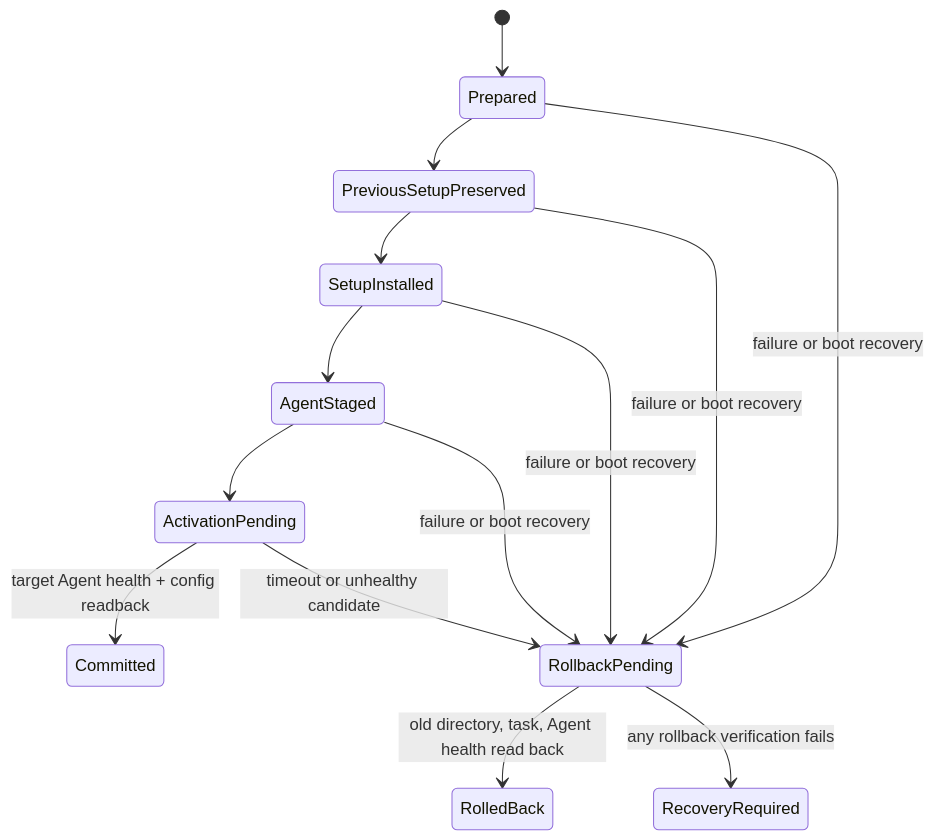
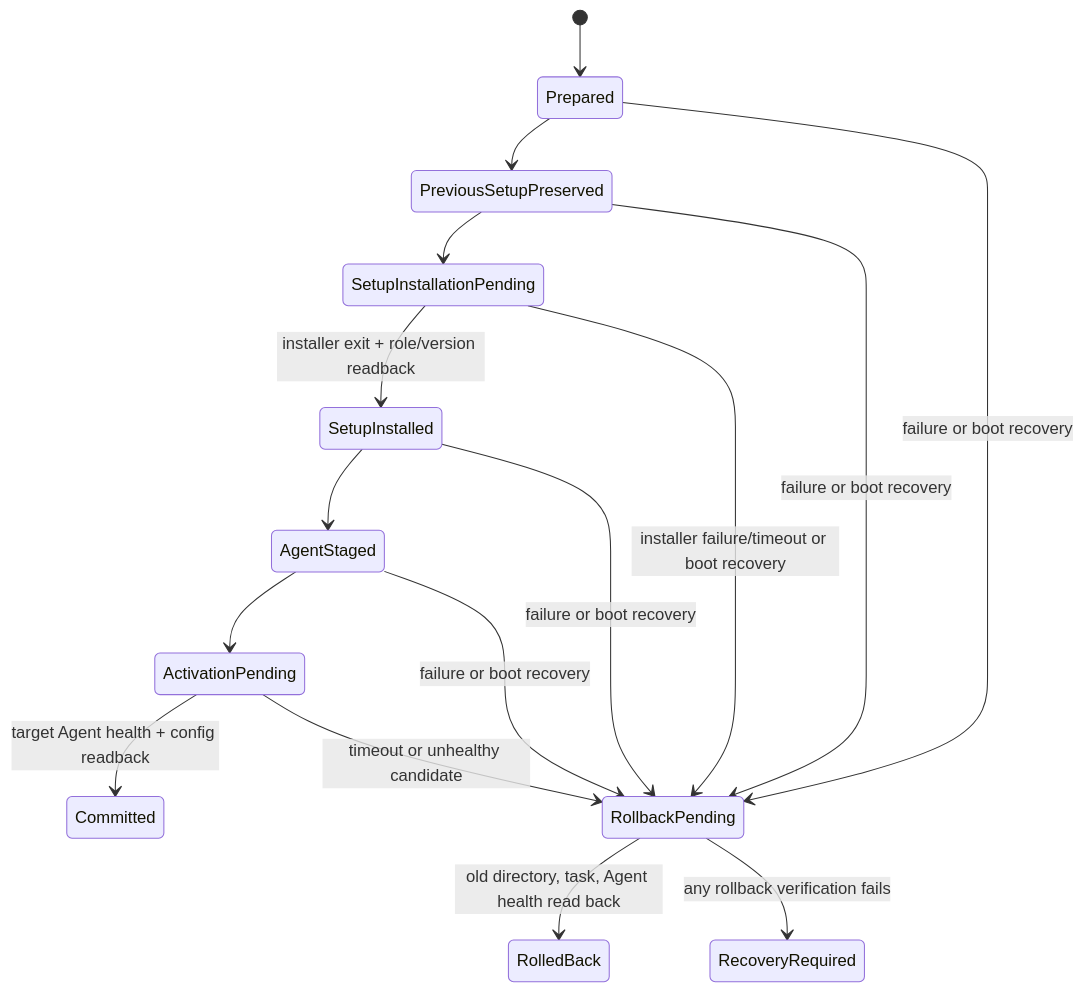
The second of 2 diagrams in specs/cloud-updates-and-installers/design.md (Ljc798/veyon-campus-deployment), drawn with Mermaid before and after one commit. The commit also changed other lines of this file and 12 other files, not shown here.

````diff
--- a/specs/cloud-updates-and-installers/design.md
+++ b/specs/cloud-updates-and-installers/design.md
@@ -64,16 +66,18 @@
 ```mermaid
 stateDiagram-v2
   [*] --> Prepared
   Prepared --> PreviousSetupPreserved
-  PreviousSetupPreserved --> SetupInstalled
+  PreviousSetupPreserved --> SetupInstallationPending
+  SetupInstallationPending --> SetupInstalled: installer exit + role/version readback
   SetupInstalled --> AgentStaged
   AgentStaged --> ActivationPending
   ActivationPending --> Committed: target Agent health + config readback
   Prepared --> RollbackPending: failure or boot recovery
   PreviousSetupPreserved --> RollbackPending: failure or boot recovery
+  SetupInstallationPending --> RollbackPending: installer failure/timeout or boot recovery
   SetupInstalled --> RollbackPending: failure or boot recovery
   AgentStaged --> RollbackPending: failure or boot recovery
   ActivationPending --> RollbackPending: timeout or unhealthy candidate
   RollbackPending --> RolledBack: old directory, task, Agent health read back
   RollbackPending --> RecoveryRequired: any rollback verification fails
 ```
````
